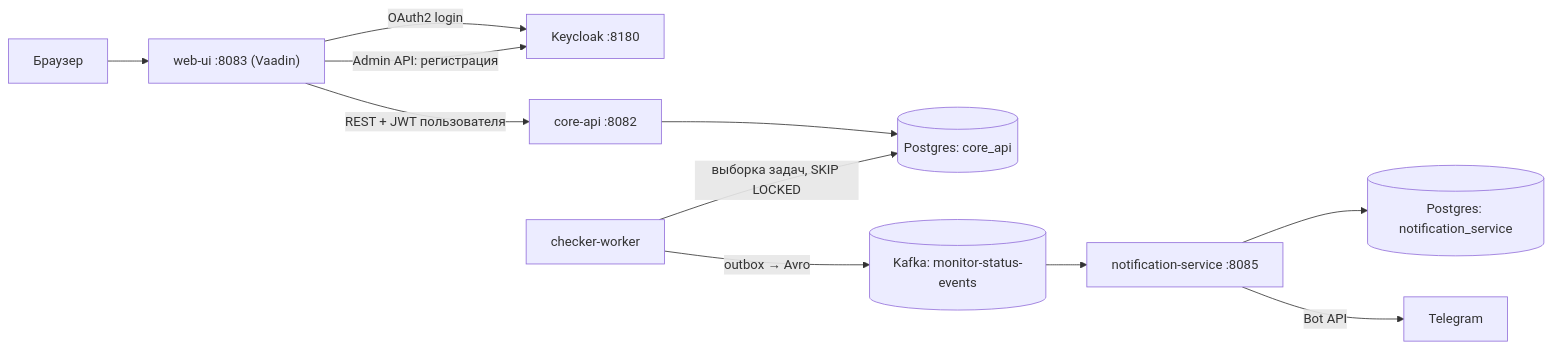
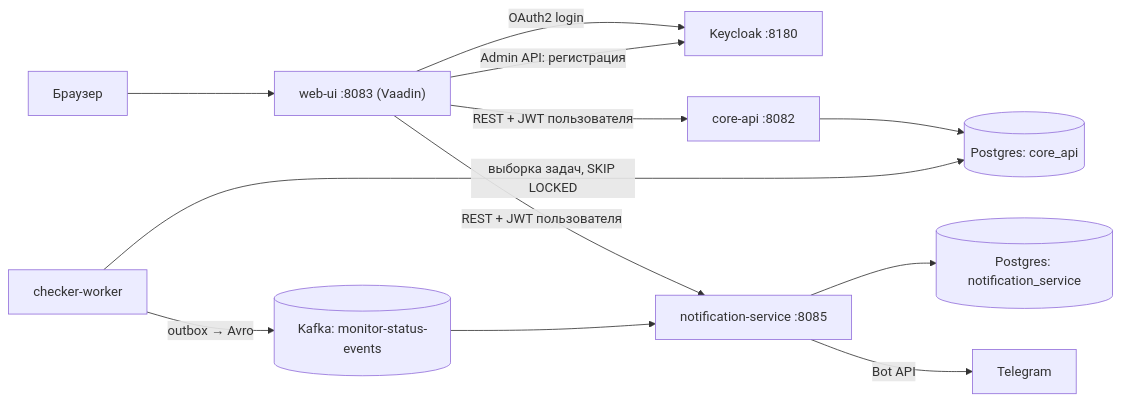
The diagram in README.md (0202-D/monitoring-platform), drawn with Mermaid before and after one commit. The commit also changed other lines of this file, not shown here.

````diff
--- a/README.md
+++ b/README.md
@@ -26,13 +28,14 @@
 ```mermaid
 flowchart LR
     Browser["Браузер"] --> WebUI["web-ui :8083 (Vaadin)"]
     WebUI -->|"OAuth2 login"| KC["Keycloak :8180"]
     WebUI -->|"REST + JWT пользователя"| Core["core-api :8082"]
+    WebUI -->|"REST + JWT пользователя"| Notif["notification-service :8085"]
     Core --> DB1[("Postgres: core_api")]
     Checker["checker-worker"] -->|"выборка задач, SKIP LOCKED"| DB1
     Checker -->|"outbox → Avro"| Kafka[("Kafka: monitor-status-events")]
-    Kafka --> Notif["notification-service :8085"]
+    Kafka --> Notif
     Notif --> DB2[("Postgres: notification_service")]
     Notif -->|"Bot API"| TG["Telegram"]
     WebUI -->|"Admin API: регистрация"| KC
 ```
````
